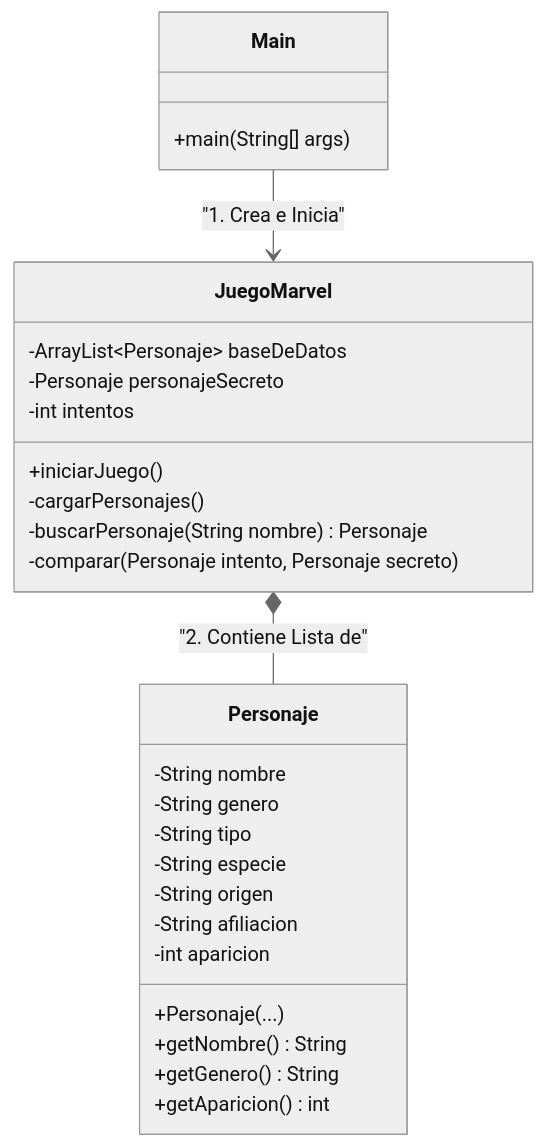
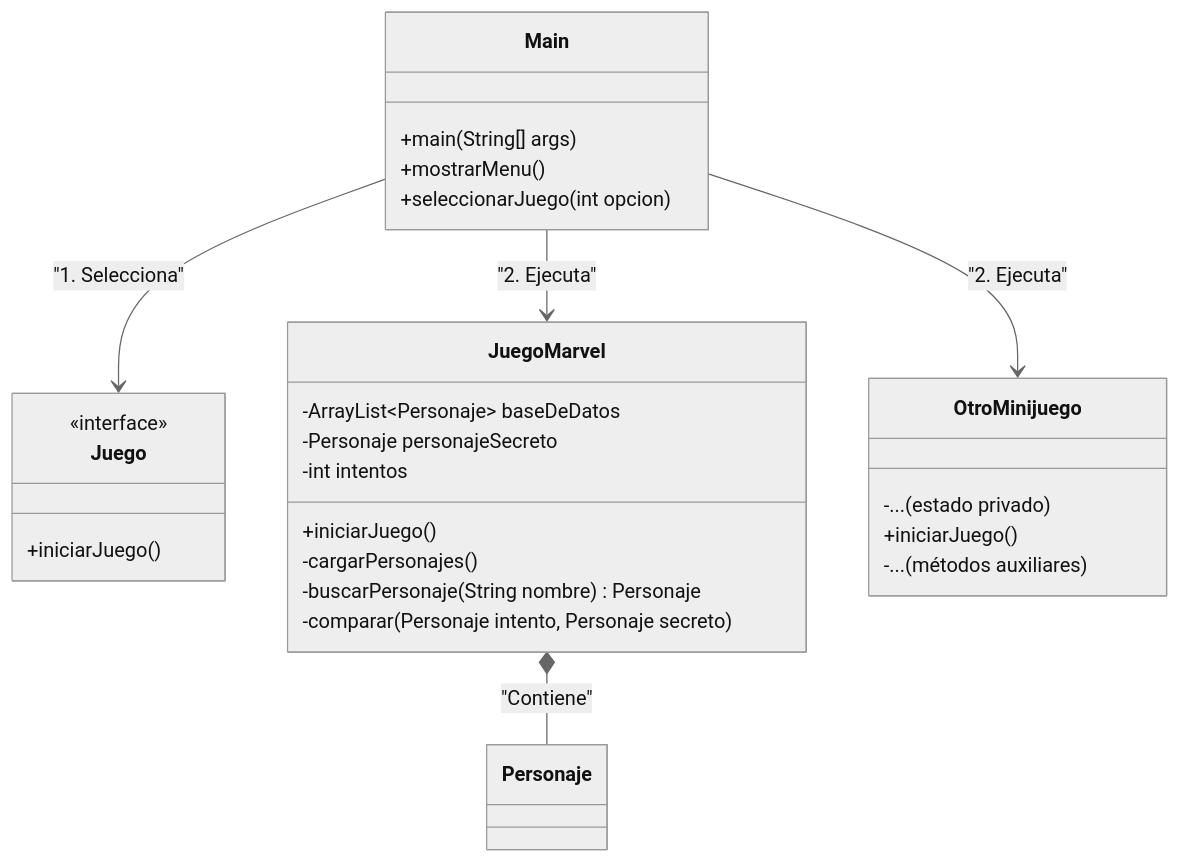
The diagram in guia.md (alancastroferreira27/Proyecto-Java-1-DAW), drawn with Mermaid (neutral theme) before and after one commit. The commit also changed other lines of this file and 6 other files, not shown here.

````diff
--- a/guia.md
+++ b/guia.md
@@ -2,33 +14,34 @@
 ```mermaid
 classDiagram
     class Main {
         +main(String[] args)
+        +mostrarMenu()
+        +seleccionarJuego(int opcion)
+    }
+
+    class Juego {
+        <<interface>>
+        +iniciarJuego()
     }
 
     class JuegoMarvel {
         -ArrayList~Personaje~ baseDeDatos
         -Personaje personajeSecreto
         -int intentos
         +iniciarJuego()
         -cargarPersonajes()
         -buscarPersonaje(String nombre) Personaje
         -comparar(Personaje intento, Personaje secreto)
     }
 
-    class Personaje {
-        -String nombre
-        -String genero
-        -String tipo
-        -String especie
-        -String origen
-        -String afiliacion
-        -int aparicion
-        +Personaje(...)
-        +getNombre() String
-        +getGenero() String
-        +getAparicion() int
+    class OtroMinijuego {
+        -... (estado privado)
+        +iniciarJuego()
+        -... (métodos auxiliares)
     }
 
-    Main --> JuegoMarvel : "1. Crea e Inicia"
-    JuegoMarvel *-- Personaje : "2. Contiene Lista de"
+    Main --> Juego : "1. Selecciona"
+    Main --> JuegoMarvel : "2. Ejecuta"
+    Main --> OtroMinijuego : "2. Ejecuta"
+    JuegoMarvel *-- Personaje : "Contiene"
 ```
````
